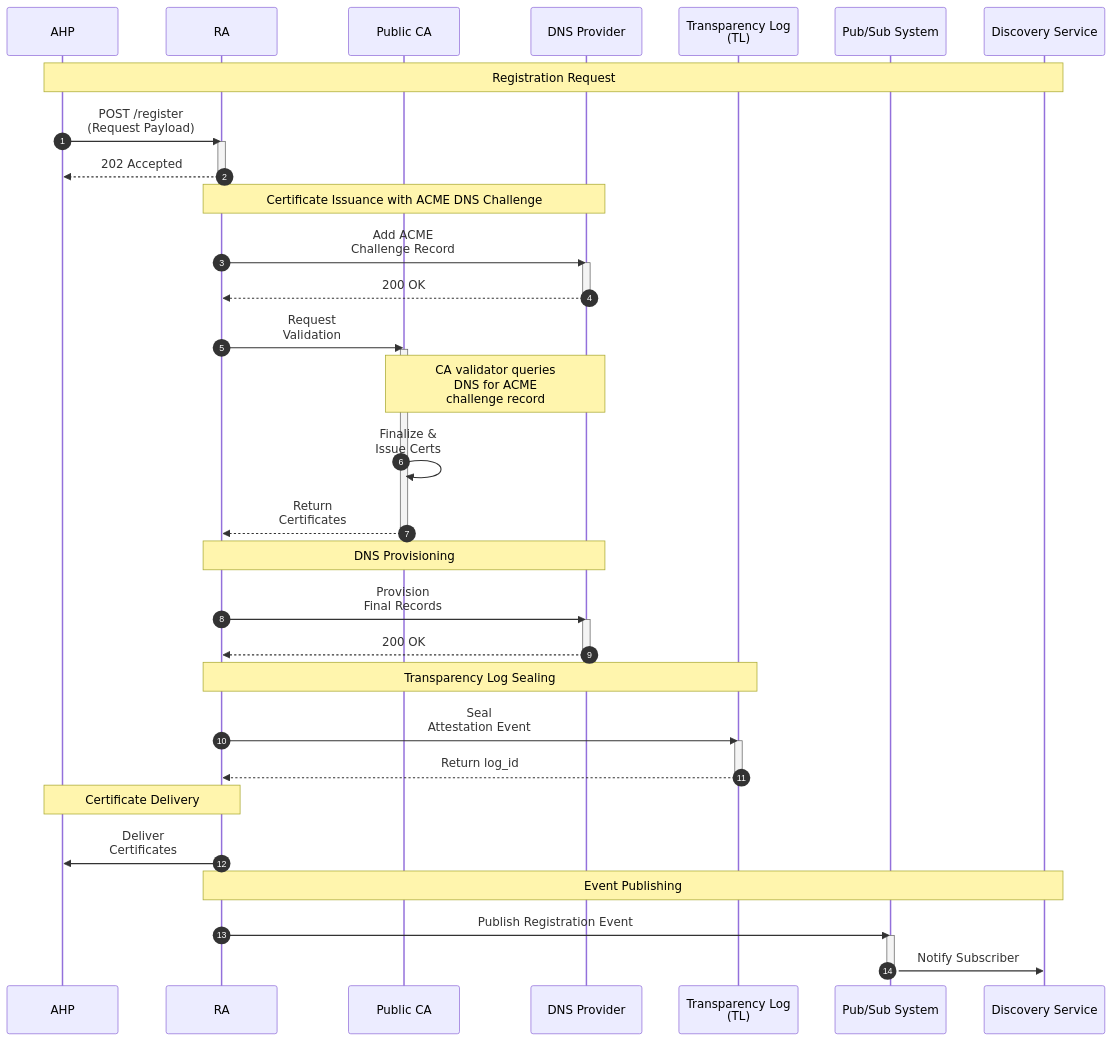
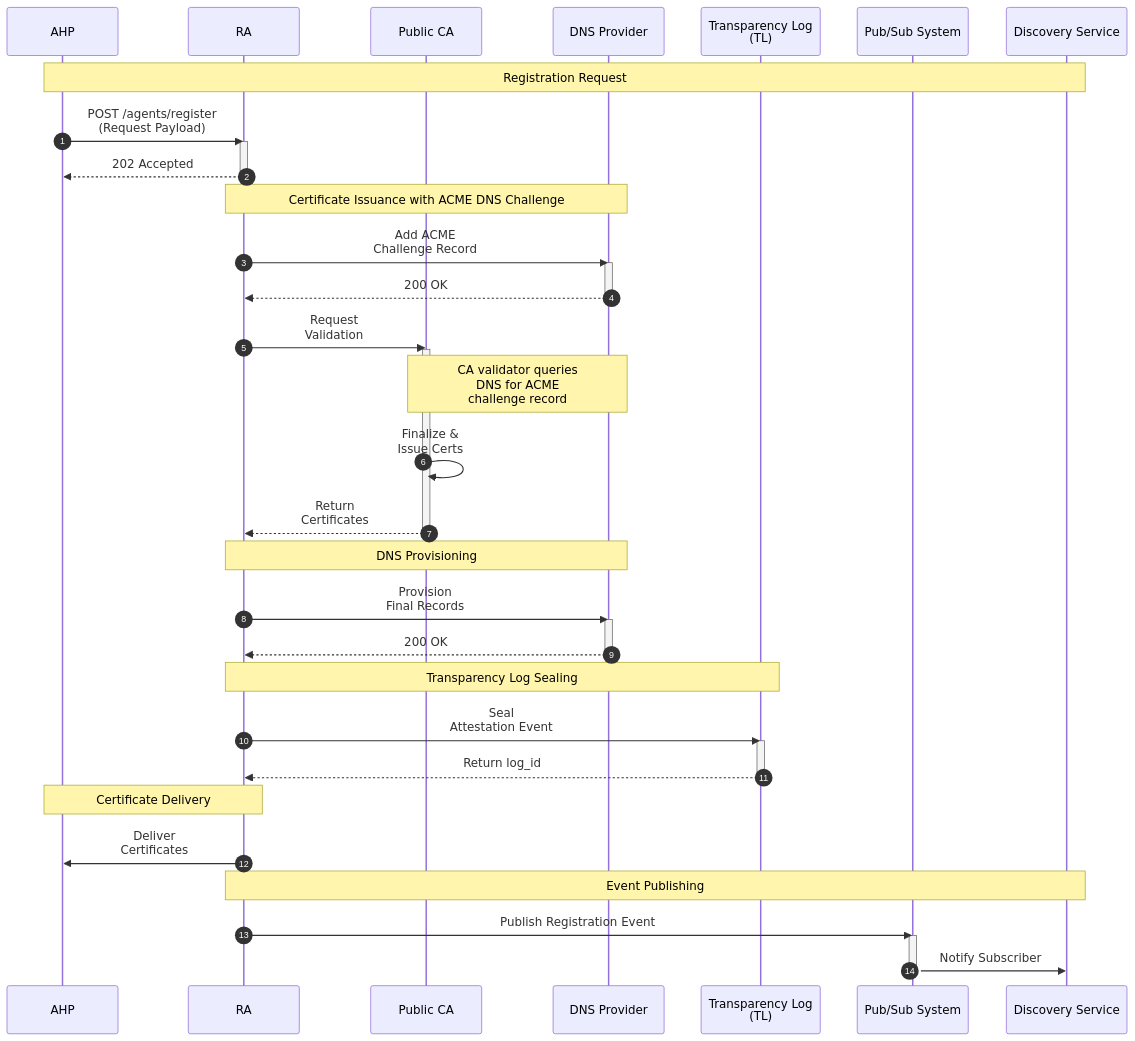
Before and after one commit to godaddy/ans-registry: the first of 2 diagrams in DESIGN.md, drawn with Mermaid. The commit also changed other lines of this file, not shown here.

````diff
--- a/DESIGN.md
+++ b/DESIGN.md
@@ -726,54 +734,54 @@
 ```mermaid
 sequenceDiagram
     participant AHP
     participant RA
     participant CA as Public CA
     participant DNS as DNS Provider
     participant TL as Transparency Log<br/>(TL)
     participant PubSub as Pub/Sub System
     participant Discovery as Discovery Service
 
     autonumber
     Note over AHP,Discovery: Registration Request
-    AHP->>RA: POST /register<br/>(Request Payload)
+    AHP->>RA: POST /agents/register<br/>(Request Payload)
     activate RA
     RA-->>AHP: 202 Accepted
     deactivate RA
 
     Note over RA,DNS: Certificate Issuance with ACME DNS Challenge
     RA->>DNS: Add ACME<br/>Challenge Record
     activate DNS
     DNS-->>RA: 200 OK
     deactivate DNS
 
     RA->>CA: Request<br/>Validation
     activate CA
 
     Note over CA,DNS: CA validator queries<br/>DNS for ACME<br/>challenge record
 
     CA->>CA: Finalize &<br/>Issue Certs
 
     CA-->>RA: Return<br/>Certificates
     deactivate CA
 
     Note over RA,DNS: DNS Provisioning
     RA->>DNS: Provision<br/>Final Records
     activate DNS
     DNS-->>RA: 200 OK
     deactivate DNS
 
     Note over RA,TL: Transparency Log Sealing
     RA->>TL: Seal<br/>Attestation Event
     activate TL
     TL-->>RA: Return log_id
     deactivate TL
 
     Note over RA,AHP: Certificate Delivery
     RA->>AHP: Deliver<br/>Certificates
 
     Note over RA,Discovery: Event Publishing
     RA->>PubSub: Publish Registration Event
     activate PubSub
     PubSub->>Discovery: Notify Subscriber
     deactivate PubSub
 ```
````
